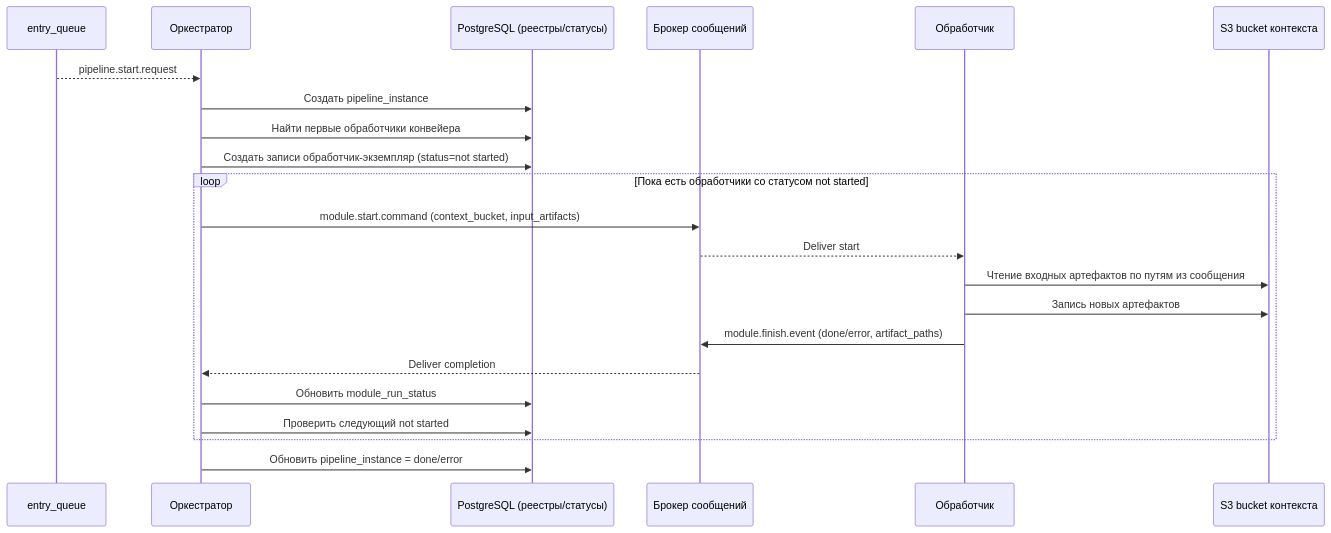
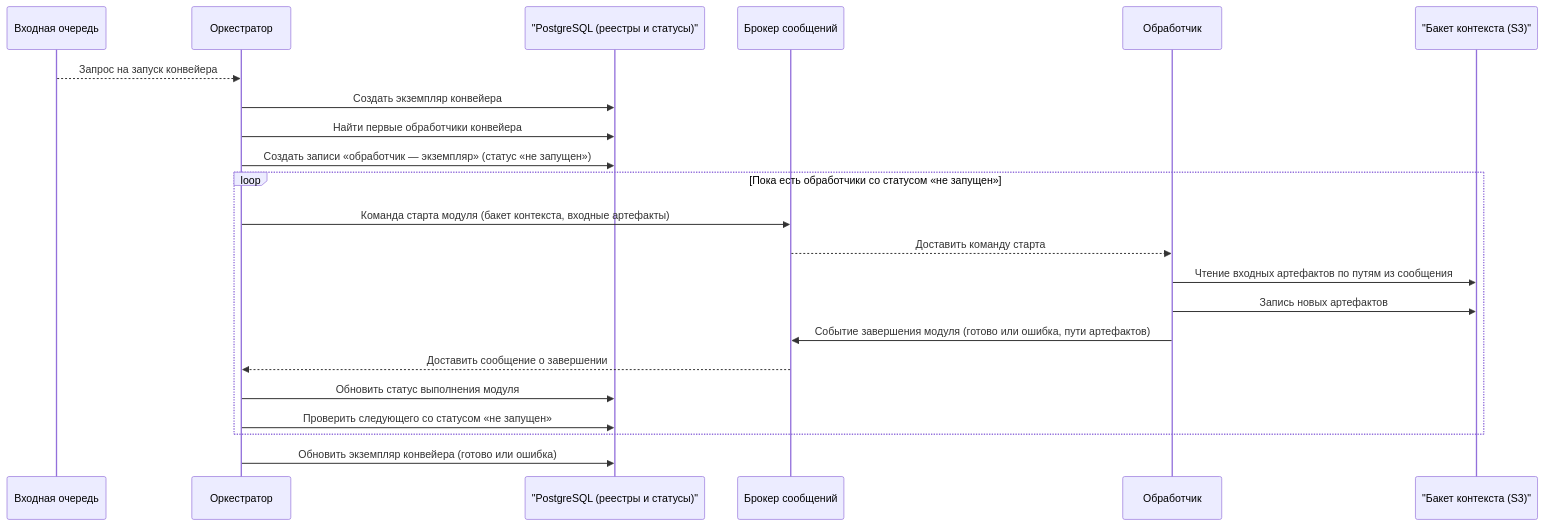
The third of 3 diagrams in TZ/1_5_subsystem_module.md (Trump68/infra), drawn with Mermaid before and after one commit. The commit also changed other lines of this file, not shown here.

First line of the commit message:
docs: update subsystem module documentation with enhanced clarity and diagrams

````diff
--- a/TZ/1_5_subsystem_module.md
+++ b/TZ/1_5_subsystem_module.md
@@ -158,25 +178,25 @@
 ```mermaid
 sequenceDiagram
-  participant QIN as entry_queue
+  participant QIN as Входная очередь
   participant O as Оркестратор
-  participant DB as PostgreSQL (реестры/статусы)
+  participant DB as "PostgreSQL (реестры и статусы)"
   participant MQ as Брокер сообщений
   participant M as Обработчик
-  participant S3 as S3 bucket контекста
+  participant S3 as "Бакет контекста (S3)"
 
-  QIN-->>O: pipeline.start.request
-  O->>DB: Создать pipeline_instance
+  QIN-->>O: Запрос на запуск конвейера
+  O->>DB: Создать экземпляр конвейера
   O->>DB: Найти первые обработчики конвейера
-  O->>DB: Создать записи обработчик-экземпляр (status=not started)
-  loop Пока есть обработчики со статусом not started
-    O->>MQ: module.start.command (context_bucket, input_artifacts)
-    MQ-->>M: Deliver start
+  O->>DB: Создать записи «обработчик — экземпляр» (статус «не запущен»)
+  loop Пока есть обработчики со статусом «не запущен»
+    O->>MQ: Команда старта модуля (бакет контекста, входные артефакты)
+    MQ-->>M: Доставить команду старта
     M->>S3: Чтение входных артефактов по путям из сообщения
     M->>S3: Запись новых артефактов
-    M->>MQ: module.finish.event (done/error, artifact_paths)
-    MQ-->>O: Deliver completion
-    O->>DB: Обновить module_run_status
-    O->>DB: Проверить следующий not started
+    M->>MQ: Событие завершения модуля (готово или ошибка, пути артефактов)
+    MQ-->>O: Доставить сообщение о завершении
+    O->>DB: Обновить статус выполнения модуля
+    O->>DB: Проверить следующего со статусом «не запущен»
   end
-  O->>DB: Обновить pipeline_instance = done/error
+  O->>DB: Обновить экземпляр конвейера (готово или ошибка)
 ```
````
